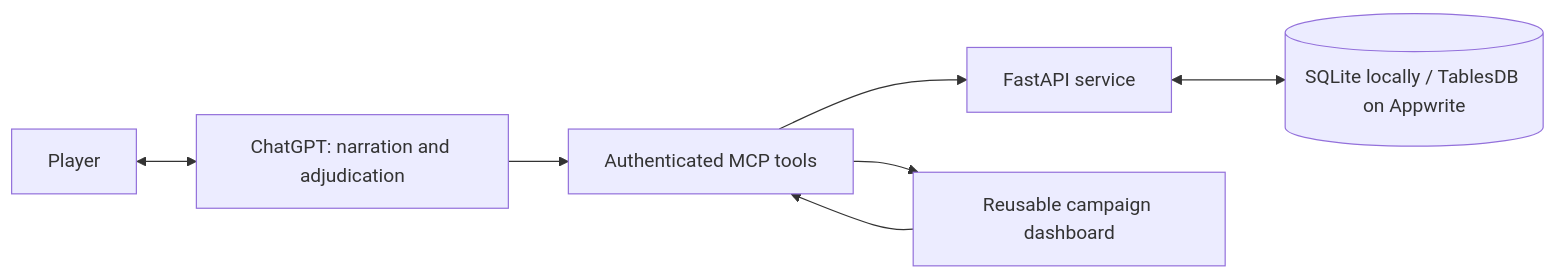
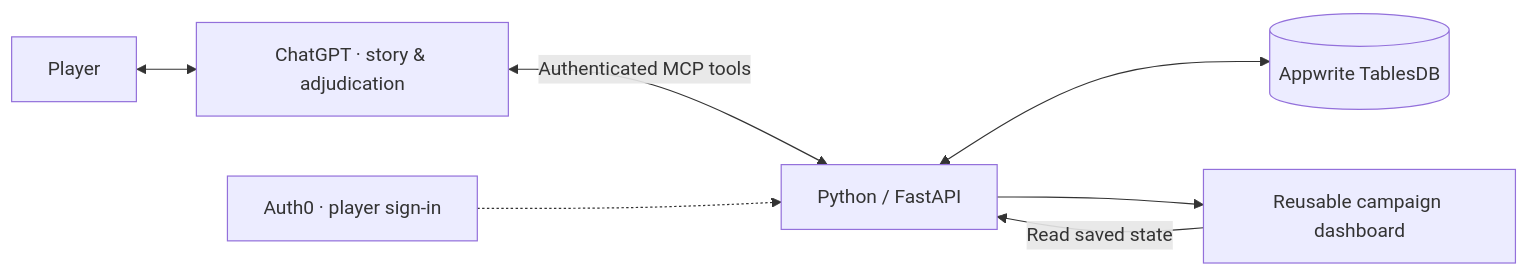
Before and after one commit to DeonHolo/DnDGPT: the diagram in README.md, drawn with Mermaid. The commit also changed other lines of this file and 8 other files, not shown here.

````diff
--- a/README.md
+++ b/README.md
@@ -18,9 +51,9 @@
 ```mermaid
 flowchart LR
-    Player <--> ChatGPT[ChatGPT: narration and adjudication]
-    ChatGPT --> MCP[Authenticated MCP tools]
-    MCP --> Service[FastAPI service]
-    Service <--> DB[(SQLite locally / TablesDB on Appwrite)]
-    MCP --> UI[Reusable campaign dashboard]
-    UI --> MCP
+    Player <--> GM["ChatGPT · story & adjudication"]
+    GM <-->|Authenticated MCP tools| API["Python / FastAPI"]
+    API <--> DB[("Appwrite TablesDB")]
+    API --> UI["Reusable campaign dashboard"]
+    UI -->|Read saved state| API
+    Auth["Auth0 · player sign-in"] -.-> API
 ```
````
